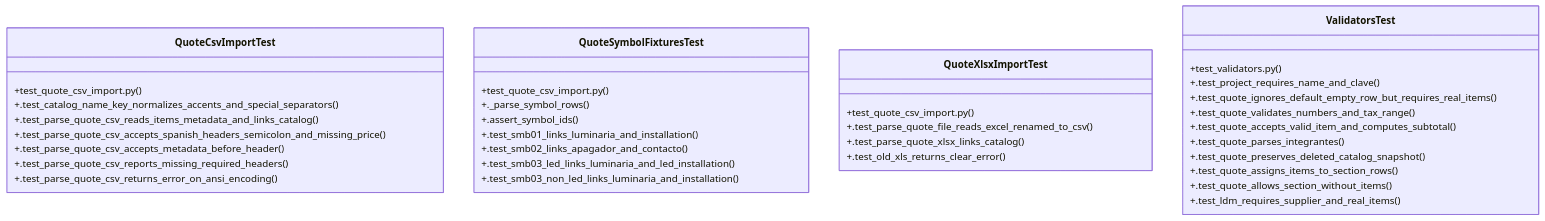
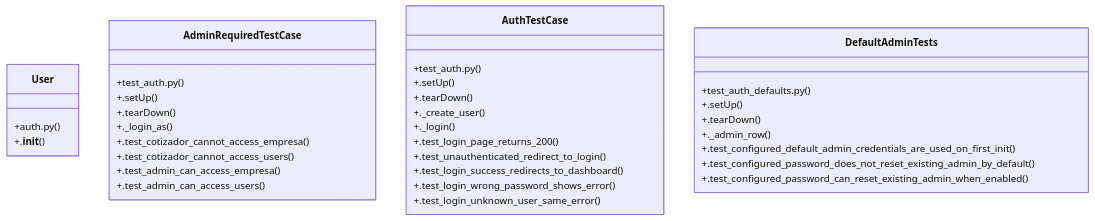
Before and after one commit to Daftrick/ProjectTracker: the diagram in graphify-out/wiki/Community_2.md, drawn with Mermaid. The commit also changed other lines of this file and 373 other files, not shown here.

````diff
--- a/graphify-out/wiki/Community_2.md
+++ b/graphify-out/wiki/Community_2.md
@@ -36,39 +36,38 @@
 ```mermaid
 classDiagram
-    class QuoteCsvImportTest {
-        +test_quote_csv_import.py()
-        +.test_catalog_name_key_normalizes_accents_and_special_separators()
-        +.test_parse_quote_csv_reads_items_metadata_and_links_catalog()
-        +.test_parse_quote_csv_accepts_spanish_headers_semicolon_and_missing_price()
-        +.test_parse_quote_csv_accepts_metadata_before_header()
-        +.test_parse_quote_csv_reports_missing_required_headers()
-        +.test_parse_quote_csv_returns_error_on_ansi_encoding()
+    class User {
+        +auth.py()
+        +.__init__()
     }
-    class QuoteSymbolFixturesTest {
-        +test_quote_csv_import.py()
-        +._parse_symbol_rows()
-        +.assert_symbol_ids()
-        +.test_smb01_links_luminaria_and_installation()
-        +.test_smb02_links_apagador_and_contacto()
-        +.test_smb03_led_links_luminaria_and_led_installation()
-        +.test_smb03_non_led_links_luminaria_and_installation()
+    class AdminRequiredTestCase {
+        +test_auth.py()
+        +.setUp()
+        +.tearDown()
+        +._login_as()
+        +.test_cotizador_cannot_access_empresa()
+        +.test_cotizador_cannot_access_users()
+        +.test_admin_can_access_empresa()
+        +.test_admin_can_access_users()
     }
-    class QuoteXlsxImportTest {
-        +test_quote_csv_import.py()
-        +.test_parse_quote_file_reads_excel_renamed_to_csv()
-        +.test_parse_quote_xlsx_links_catalog()
-        +.test_old_xls_returns_clear_error()
+    class AuthTestCase {
+        +test_auth.py()
+        +.setUp()
+        +.tearDown()
+        +._create_user()
+        +._login()
+        +.test_login_page_returns_200()
+        +.test_unauthenticated_redirect_to_login()
+        +.test_login_success_redirects_to_dashboard()
+        +.test_login_wrong_password_shows_error()
+        +.test_login_unknown_user_same_error()
     }
-    class ValidatorsTest {
-        +test_validators.py()
-        +.test_project_requires_name_and_clave()
-        +.test_quote_ignores_default_empty_row_but_requires_real_items()
-        +.test_quote_validates_numbers_and_tax_range()
-        +.test_quote_accepts_valid_item_and_computes_subtotal()
-        +.test_quote_parses_integrantes()
-        +.test_quote_preserves_deleted_catalog_snapshot()
-        +.test_quote_assigns_items_to_section_rows()
-        +.test_quote_allows_section_without_items()
-        +.test_ldm_requires_supplier_and_real_items()
+    class DefaultAdminTests {
+        +test_auth_defaults.py()
+        +.setUp()
+        +.tearDown()
+        +._admin_row()
+        +.test_configured_default_admin_credentials_are_used_on_first_init()
+        +.test_configured_password_does_not_reset_existing_admin_by_default()
+        +.test_configured_password_can_reset_existing_admin_when_enabled()
     }
 ```
````
